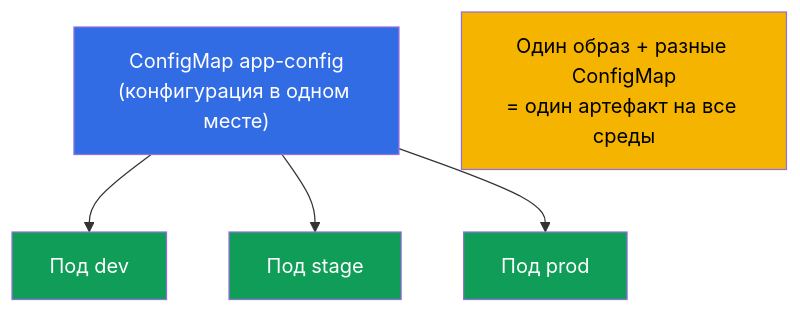
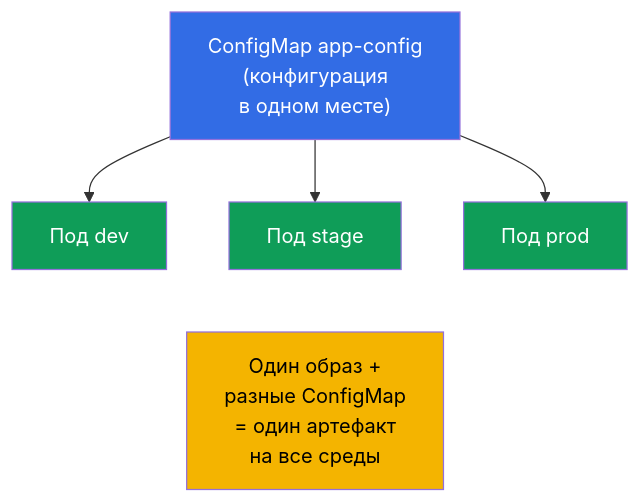
Before and after one commit to ViktorUJ/cks: the first of 5 diagrams in tasks/cka/course/18/ru.md, drawn with Mermaid. The commit also changed other lines of this file, not shown here.

````diff
--- a/tasks/cka/course/18/ru.md
+++ b/tasks/cka/course/18/ru.md
@@ -16,16 +16,17 @@
 ```mermaid
 flowchart TB
-    cm["ConfigMap app-config<br>(конфигурация в одном месте)"]
+    cm["ConfigMap app-config<br>(конфигурация<br>в одном месте)"]
     p1["Под dev"]
     p2["Под stage"]
     p3["Под prod"]
     cm --> p1
     cm --> p2
     cm --> p3
-    note["Один образ + разные ConfigMap<br>= один артефакт на все среды"]
+    p2 ~~~ note
+    note["Один образ +<br>разные ConfigMap<br>= один артефакт<br>на все среды"]
     style cm fill:#326ce5,color:#fff
     style p1 fill:#0f9d58,color:#fff
     style p2 fill:#0f9d58,color:#fff
     style p3 fill:#0f9d58,color:#fff
     style note fill:#f4b400,color:#000
 ```
````
